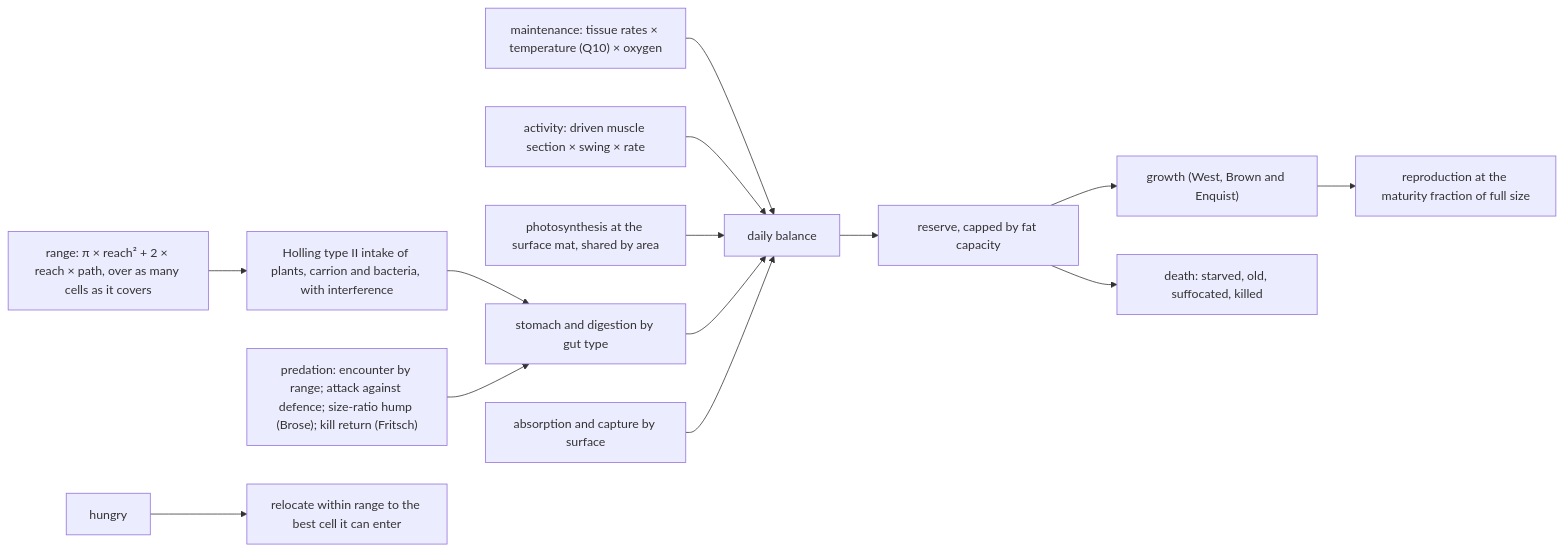
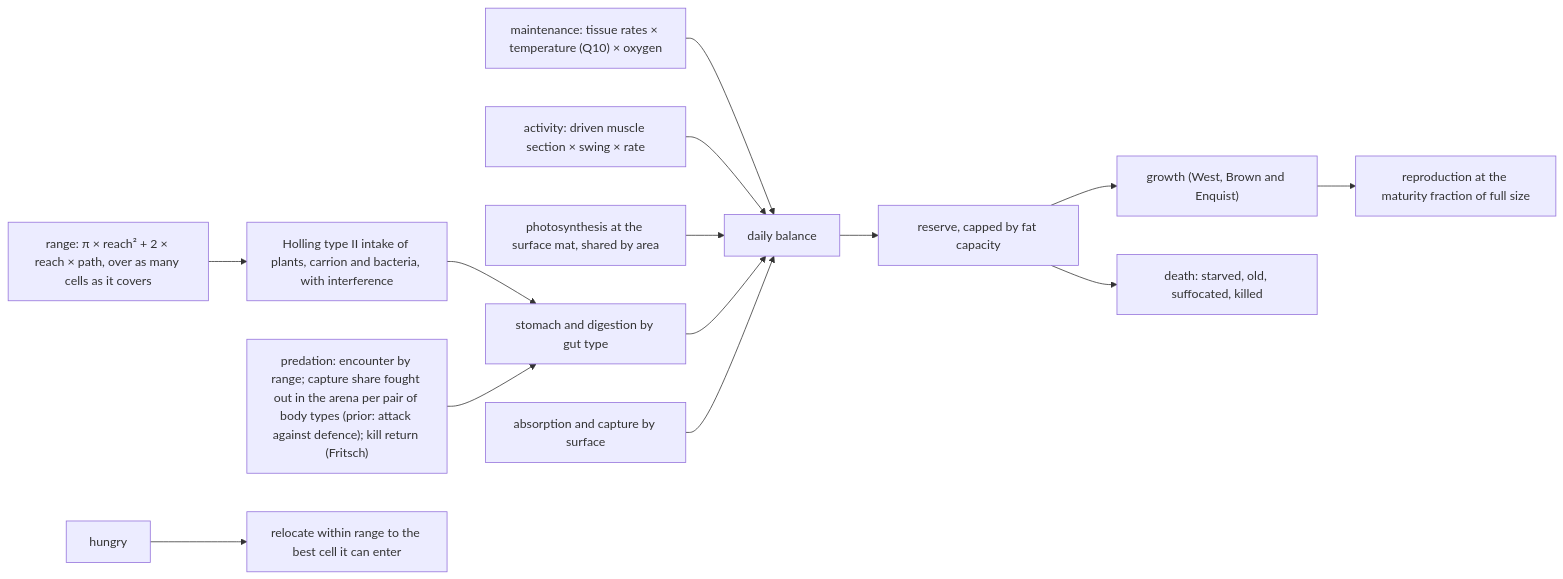
One commit to Tubbles/evo-planet changed the fourth of 5 diagrams in docs/SPEC.md. Above: the diagram before and after it, drawn with Mermaid. The commit also changed other lines of this file and 7 other files, not shown here.

First line of the commit message:
Arena: predation fought out between body types, cached per pair

````diff
--- a/docs/SPEC.md
+++ b/docs/SPEC.md
@@ -360,16 +385,16 @@
 ```mermaid
 flowchart LR
   MB["maintenance: tissue rates × temperature (Q10) × oxygen"] --> DL[daily balance]
   AC["activity: driven muscle section × swing × rate"] --> DL
   PH["photosynthesis at the surface mat, shared by area"] --> DL
   RG["range: π × reach² + 2 × reach × path, over as many cells as it covers"] --> FR["Holling type II intake of plants, carrion and bacteria, with interference"]
   FR --> GT["stomach and digestion by gut type"]
   GT --> DL
   OS["absorption and capture by surface"] --> DL
-  PR["predation: encounter by range; attack against defence; size-ratio hump (Brose); kill return (Fritsch)"] --> GT
+  PR["predation: encounter by range; capture share fought out in the arena per pair of body types (prior: attack against defence); kill return (Fritsch)"] --> GT
   DL --> RV["reserve, capped by fat capacity"]
   RV --> GW["growth (West, Brown and Enquist)"]
   GW --> RP["reproduction at the maturity fraction of full size"]
   RV --> DT["death: starved, old, suffocated, killed"]
   HG[hungry] --> MV["relocate within range to the best cell it can enter"]
 ```
````
